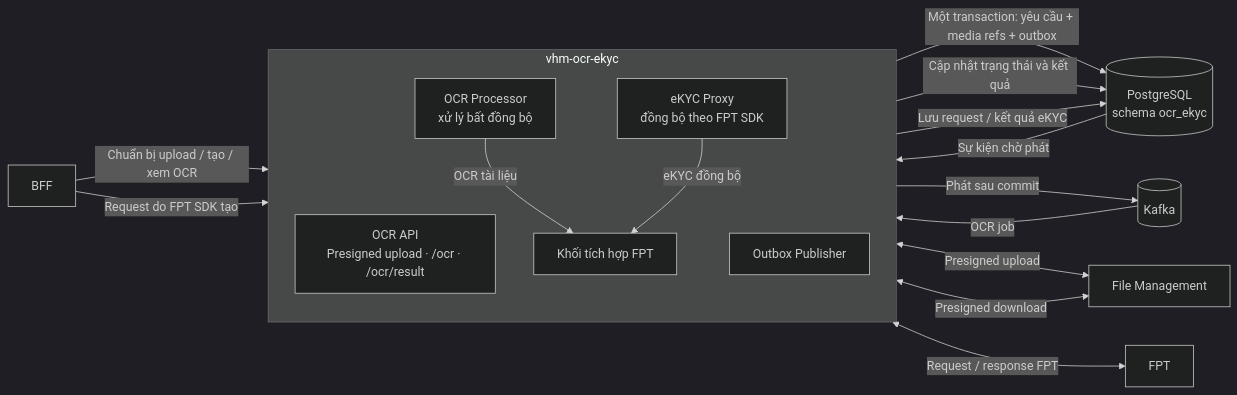
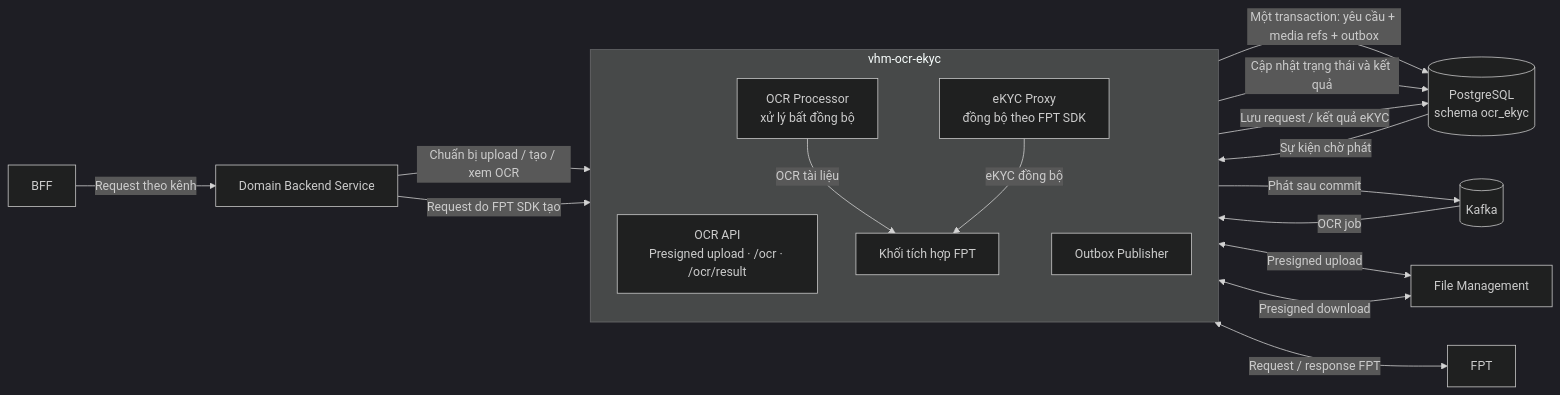
The second of 12 diagrams in tdd-ocr-ekyc.md (huynv-xyz/vhm), drawn with Mermaid (dark theme) before and after one commit. The commit also changed other lines of this file, not shown here.

````diff
--- a/tdd-ocr-ekyc.md
+++ b/tdd-ocr-ekyc.md
@@ -247,33 +231,35 @@
 ```mermaid
 flowchart LR
     BFF[BFF]
+    DOMAIN[Domain Backend Service]
 
     subgraph APP[vhm-ocr-ekyc]
         direction TB
         OCR_API[OCR API<br/>Presigned upload · /ocr · /ocr/result]
         EKYC_PROXY[eKYC Proxy<br/>đồng bộ theo FPT SDK]
         OUTBOX[Outbox Publisher]
         PROCESSOR[OCR Processor<br/>xử lý bất đồng bộ]
         FPT_INTEGRATION[Khối tích hợp FPT]
     end
 
     DB[(PostgreSQL<br/>schema ocr_ekyc)]
     KAFKA[(Kafka)]
     FILE[File Management]
     FPT[FPT]
 
-    BFF -->|Chuẩn bị upload / tạo / xem OCR| OCR_API
+    BFF -->|Request theo kênh| DOMAIN
+    DOMAIN -->|Chuẩn bị upload / tạo / xem OCR| OCR_API
     OCR_API -->|Một transaction: yêu cầu + media refs + outbox| DB
     DB -->|Sự kiện chờ phát| OUTBOX
     OUTBOX -->|Phát sau commit| KAFKA
     KAFKA -->|OCR job| PROCESSOR
     OCR_API <-->|Presigned upload| FILE
     PROCESSOR <-->|Presigned download| FILE
     PROCESSOR -->|Cập nhật trạng thái và kết quả| DB
     PROCESSOR -->|OCR tài liệu| FPT_INTEGRATION
 
-    BFF -->|Request do FPT SDK tạo| EKYC_PROXY
+    DOMAIN -->|Request do FPT SDK tạo| EKYC_PROXY
     EKYC_PROXY -->|eKYC đồng bộ| FPT_INTEGRATION
     FPT_INTEGRATION <-->|Request / response FPT| FPT
     EKYC_PROXY -->|Lưu request / kết quả eKYC| DB
 ```
````
